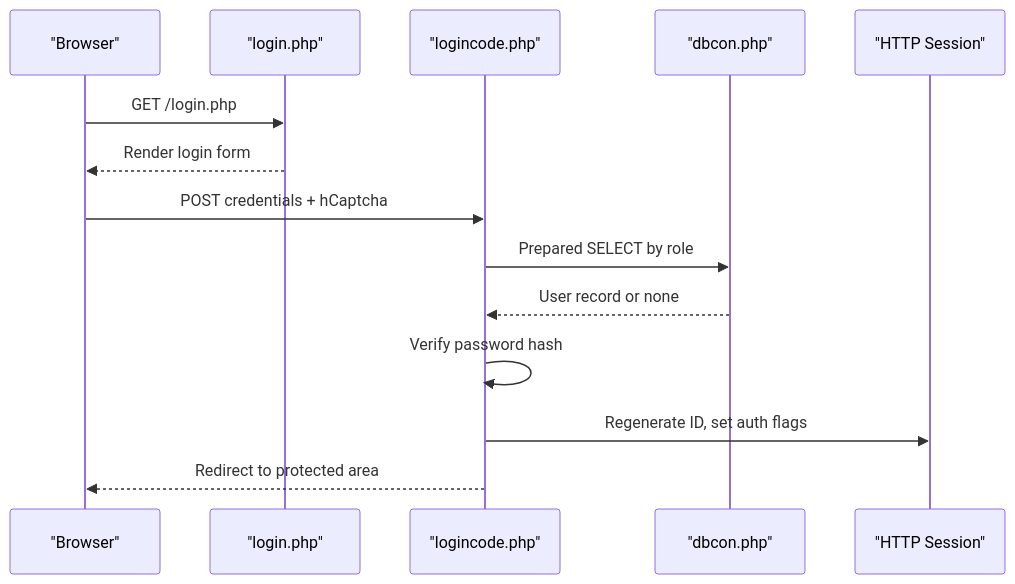
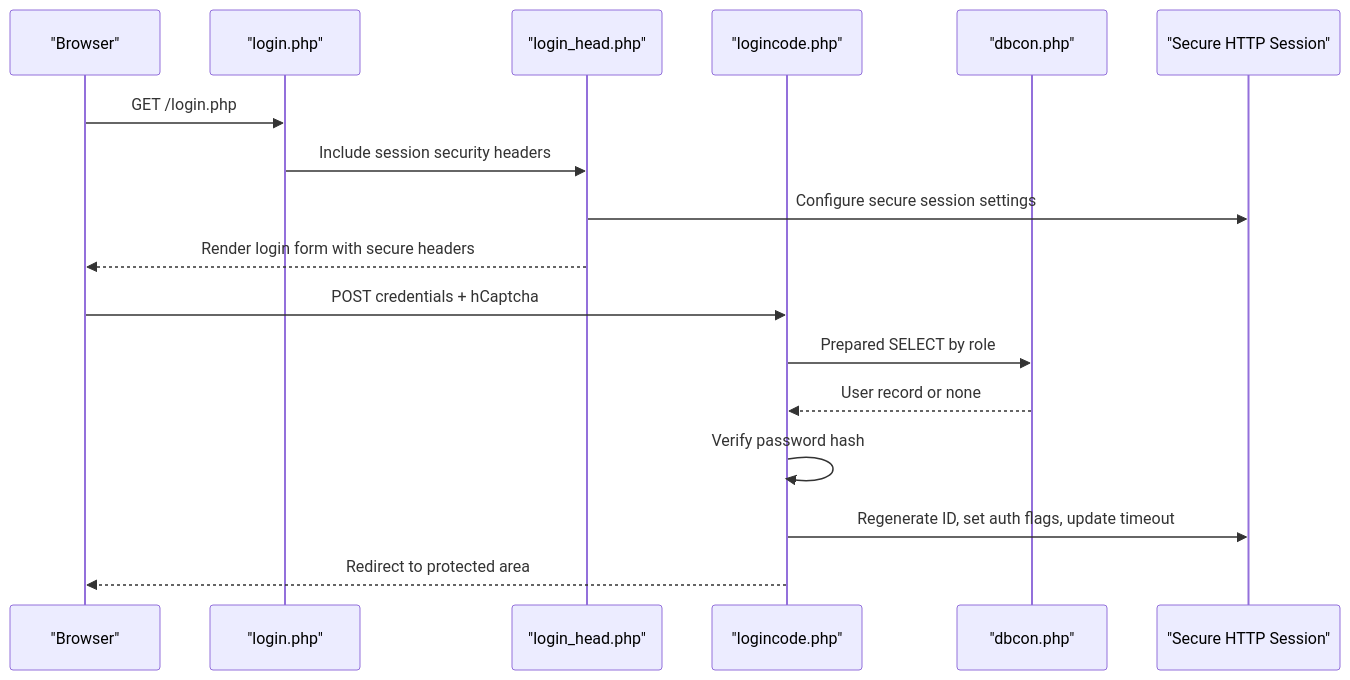
The second of 10 diagrams in .qoder/repowiki/en/content/Authentication and Security.md (dark-coder2025/libsystem), drawn with Mermaid before and after one commit. The commit also changed other lines of this file and 47 other files, not shown here.

````diff
--- a/.qoder/repowiki/en/content/Authentication and Security.md
+++ b/.qoder/repowiki/en/content/Authentication and Security.md
@@ -129,16 +157,19 @@
 ```mermaid
 sequenceDiagram
 participant Browser as "Browser"
 participant LoginUI as "login.php"
+participant LoginHead as "login_head.php"
 participant LoginHandler as "logincode.php"
 participant DB as "dbcon.php"
-participant Session as "HTTP Session"
+participant Session as "Secure HTTP Session"
 Browser->>LoginUI : GET /login.php
-LoginUI-->>Browser : Render login form
+LoginUI->>LoginHead : Include session security headers
+LoginHead->>Session : Configure secure session settings
+LoginHead-->>Browser : Render login form with secure headers
 Browser->>LoginHandler : POST credentials + hCaptcha
 LoginHandler->>DB : Prepared SELECT by role
 DB-->>LoginHandler : User record or none
 LoginHandler->>LoginHandler : Verify password hash
-LoginHandler->>Session : Regenerate ID, set auth flags
+LoginHandler->>Session : Regenerate ID, set auth flags, update timeout
 LoginHandler-->>Browser : Redirect to protected area
 ```
````
